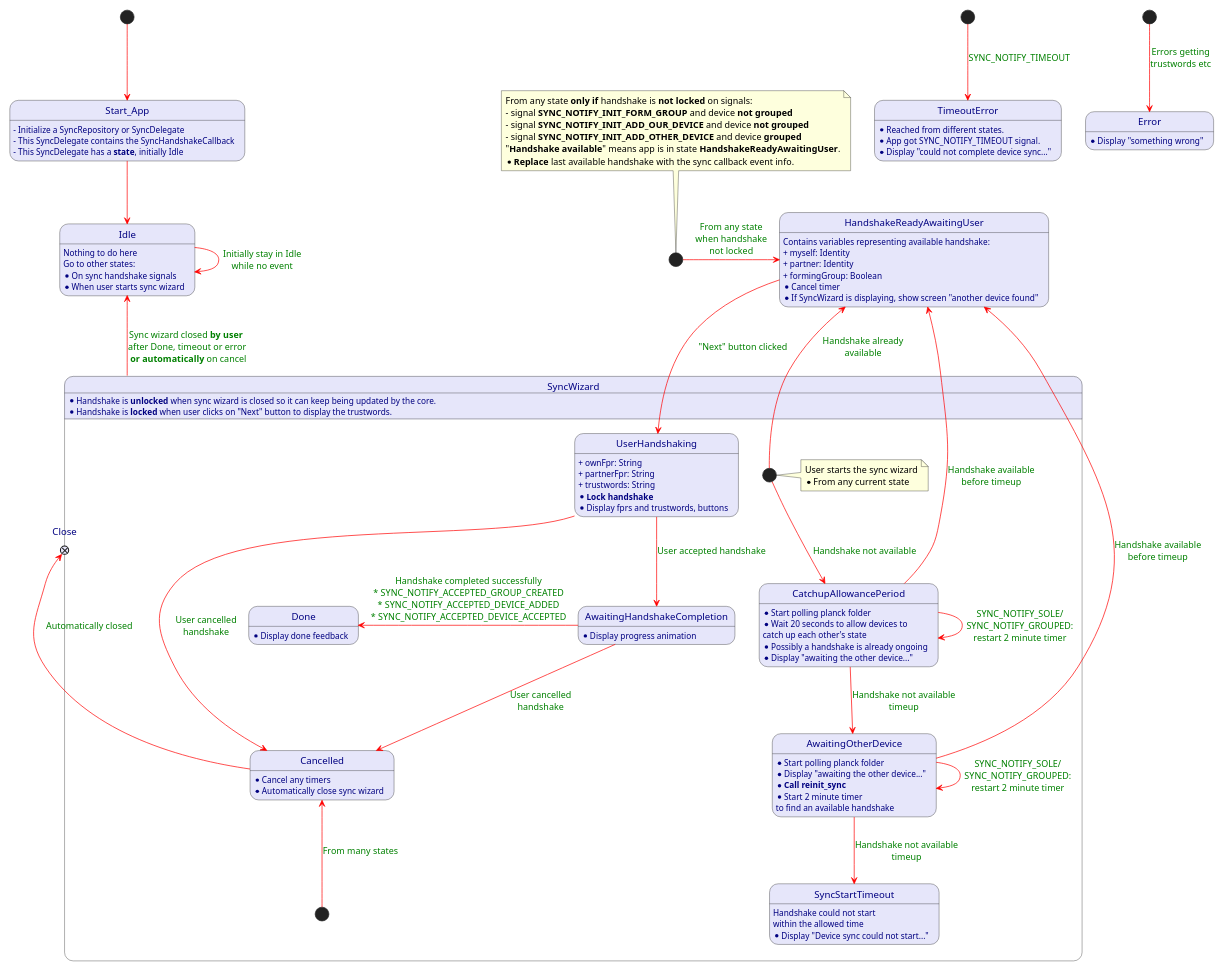
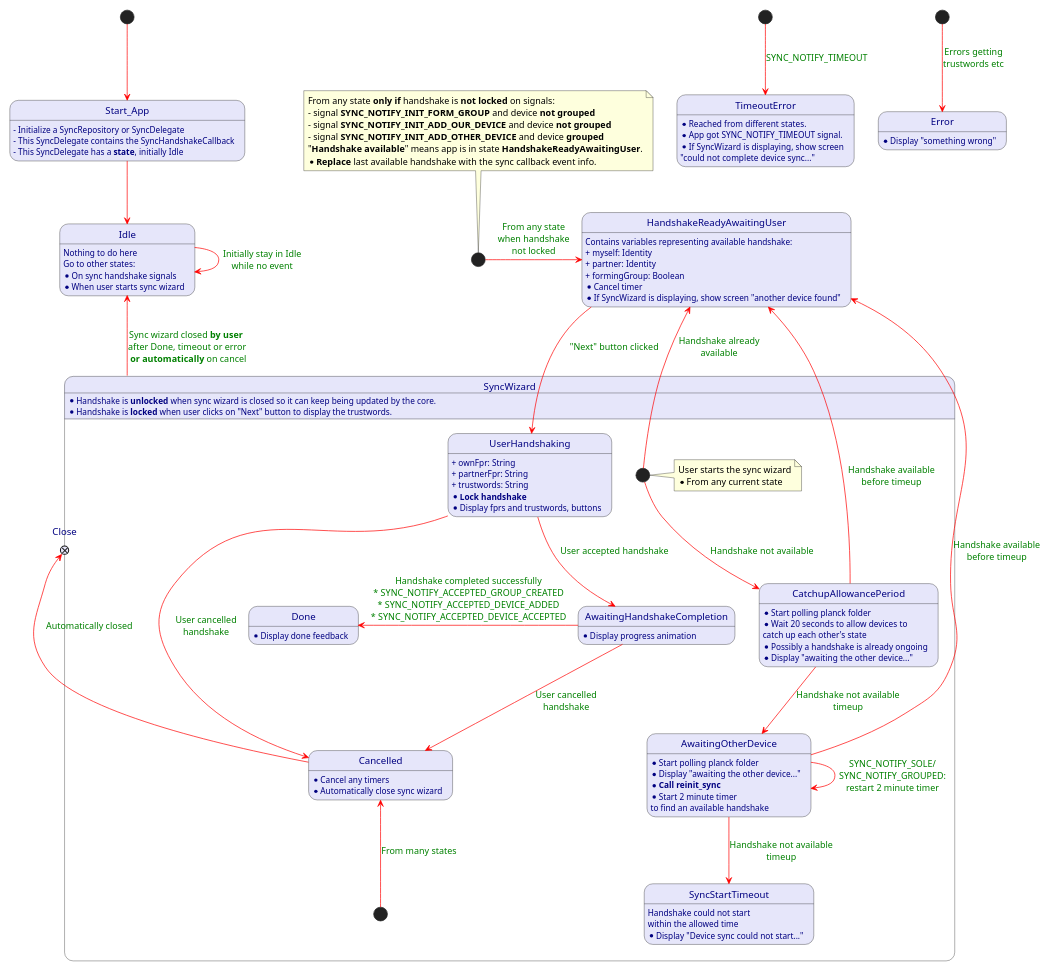
Before and after one commit to plancksecurity/android-planckForAndroid: the diagram in diagrams/sync/SyncFlowStateDiagram.puml, drawn with PlantUML.

Commit message:
EFA-374 Update SyncFlowStateDiagram

```diff
--- a/diagrams/sync/SyncFlowStateDiagram.puml
+++ b/diagrams/sync/SyncFlowStateDiagram.puml
@@ -1,125 +1,124 @@
 @startuml
 'https://plantuml.com/state-diagram
 'skinparam ranksep 20
 skinparam dpi 125
 'skinparam packageTitleAlignment left
 'skinparam linetype ortho
 'skinparam linetype polyline
 'left to right direction
 skinparam arrowColor red
 skinparam arrowFontColor green
 'skinparam handwritten true
 skinparam State {
     AttributeFontcolor navy
     BackgroundColor lavender
 }
 
 
 scale 800 width
 scale 800 height
 
 [*] --> Start_App
 Start_App : - Initialize a SyncRepository or SyncDelegate
 Start_App : - This SyncDelegate contains the SyncHandshakeCallback
 Start_App : - This SyncDelegate has a **state**, initially Idle
 
 Start_App -down-> Idle
 Idle: Nothing to do here
 Idle: Go to other states:
 Idle: * On sync handshake signals
 Idle: * When user starts sync wizard
 Idle -> Idle : Initially stay in Idle\nwhile no event
 'Idle ---> Sync_Wizard
 state SyncWizard {
 SyncWizard: * Handshake is **unlocked** when sync wizard is closed so it can keep being updated by the core.
 SyncWizard: * Handshake is **locked** when user clicks on "Next" button to display the trustwords.
     state Wizard_Start <<start>>
     note right of Wizard_Start
       User starts the sync wizard
       * From any current state
     end note
 
     Wizard_Start --> CatchupAllowancePeriod : Handshake not available
 
     CatchupAllowancePeriod: * Start polling planck folder
     CatchupAllowancePeriod: * Wait 20 seconds to allow devices to \ncatch up each other's state
     CatchupAllowancePeriod: * Possibly a handshake is already ongoing
     CatchupAllowancePeriod: * Display "awaiting the other device..."
 
-    CatchupAllowancePeriod --> CatchupAllowancePeriod : SYNC_NOTIFY_SOLE/\nSYNC_NOTIFY_GROUPED:\nrestart 2 minute timer
     CatchupAllowancePeriod --> AwaitingOtherDevice : Handshake not available\ntimeup
     AwaitingOtherDevice: * Start polling planck folder
     AwaitingOtherDevice: * Display "awaiting the other device..."
     AwaitingOtherDevice: * **Call reinit_sync**
     AwaitingOtherDevice: * Start 2 minute timer
     AwaitingOtherDevice: to find an available handshake
     AwaitingOtherDevice --> AwaitingOtherDevice : SYNC_NOTIFY_SOLE/\nSYNC_NOTIFY_GROUPED:\nrestart 2 minute timer
     AwaitingOtherDevice --> SyncStartTimeout : Handshake not available\ntimeup
     SyncStartTimeout: Handshake could not start\nwithin the allowed time
     SyncStartTimeout: * Display "Device sync could not start..."
 
     state UserHandshaking
     UserHandshaking: + ownFpr: String
     UserHandshaking: + partnerFpr: String
     UserHandshaking: + trustwords: String
     UserHandshaking: * **Lock handshake**
     UserHandshaking: * Display fprs and trustwords, buttons
 
     state AwaitingHandshakeCompletion
     AwaitingHandshakeCompletion: * Display progress animation
     UserHandshaking --> AwaitingHandshakeCompletion : User accepted handshake
     AwaitingHandshakeCompletion -left> Done : Handshake completed successfully\n* SYNC_NOTIFY_ACCEPTED_GROUP_CREATED\n* SYNC_NOTIFY_ACCEPTED_DEVICE_ADDED\n* SYNC_NOTIFY_ACCEPTED_DEVICE_ACCEPTED
     Done: * Display done feedback
 
     UserHandshaking --> Cancelled : User cancelled\nhandshake
     Cancelled: * Cancel any timers
     Cancelled: * Automatically close sync wizard
     state CancelledRoot <<start>>
     CancelledRoot -up-> Cancelled : From many states
     AwaitingHandshakeCompletion --> Cancelled : User cancelled\nhandshake
     state Close <<exitPoint>>
     Cancelled -[norank]left-> Close : Automatically closed
 }
 
 SyncWizard -up-> Idle : Sync wizard closed **by user** \nafter Done, timeout or error\n **or automatically** on cancel
 
 Wizard_Start --> HandshakeReadyAwaitingUser : Handshake already\navailable
 CatchupAllowancePeriod -up------> HandshakeReadyAwaitingUser : Handshake available\nbefore timeup
 AwaitingOtherDevice --> HandshakeReadyAwaitingUser : Handshake available\nbefore timeup
 HandshakeReadyAwaitingUser --> UserHandshaking : "Next" button clicked
 
 
 
 state HandshakeReadyAwaitingUser
 HandshakeReadyAwaitingUser: Contains variables representing available handshake:
 HandshakeReadyAwaitingUser: + myself: Identity
 HandshakeReadyAwaitingUser: + partner: Identity
 HandshakeReadyAwaitingUser: + formingGroup: Boolean
 HandshakeReadyAwaitingUser: * Cancel timer
 HandshakeReadyAwaitingUser: * If SyncWizard is displaying, show screen "another device found"
 
 state TimeoutRoot <<start>>
 TimeoutRoot --> TimeoutError : SYNC_NOTIFY_TIMEOUT
 TimeoutError: * Reached from different states.
 TimeoutError: * App got SYNC_NOTIFY_TIMEOUT signal.
-TimeoutError: * Display "could not complete device sync..."
+TimeoutError: * If SyncWizard is displaying, show screen\n"could not complete device sync..."
 
 state ErrorRoot <<start>>
 ErrorRoot --> Error : Errors getting\ntrustwords etc
 Error: * Display "something wrong"
 
 
 
 state anyState <<start>>
 anyState -> HandshakeReadyAwaitingUser: From any state\nwhen handshake\nnot locked
 note top of anyState
 From any state **only if** handshake is **not locked** on signals:
 - signal **SYNC_NOTIFY_INIT_FORM_GROUP** and device **not grouped**
 - signal **SYNC_NOTIFY_INIT_ADD_OUR_DEVICE** and device **not grouped**
 - signal **SYNC_NOTIFY_INIT_ADD_OTHER_DEVICE** and device **grouped**
 "**Handshake available**" means app is in state **HandshakeReadyAwaitingUser**.
 * **Replace** last available handshake with the sync callback event info.
 end note
 
 
 @enduml
```
